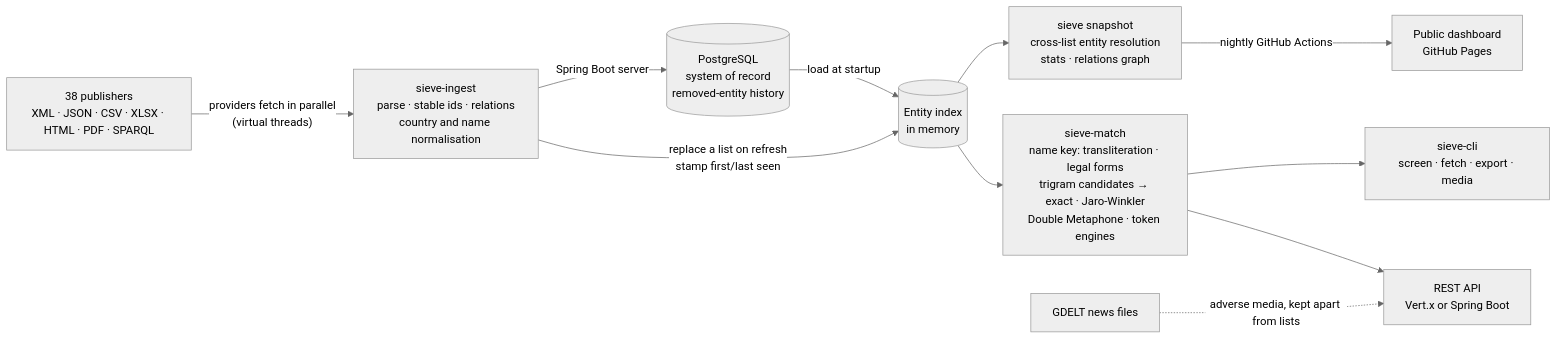
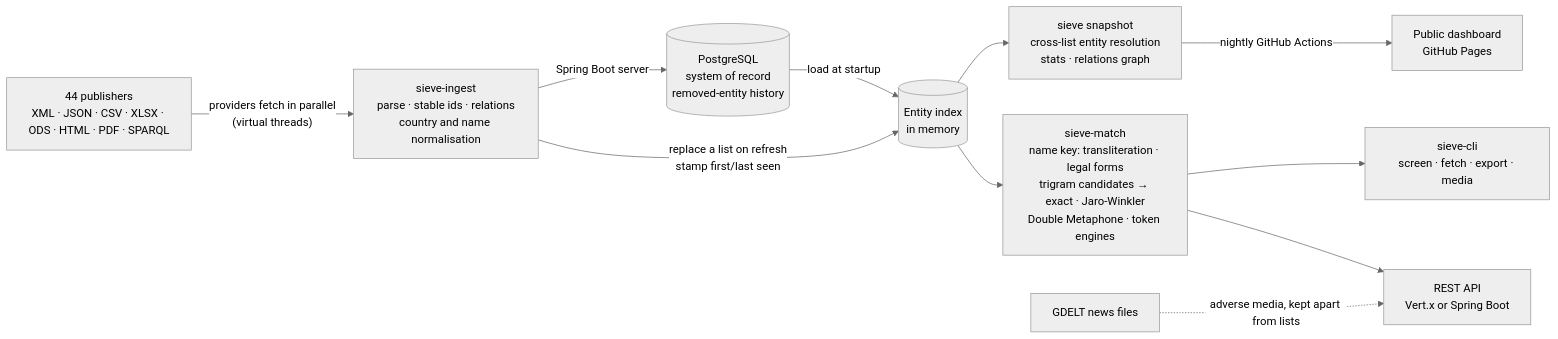
Before and after one commit to AbgarSim/sieve-aml: the first of 2 diagrams in README.md, drawn with Mermaid (neutral theme). The commit also changed other lines of this file and 29 other files, not shown here.

````diff
--- a/README.md
+++ b/README.md
@@ -122,13 +133,13 @@
 ```mermaid
 flowchart LR
-    SRC["38 publishers<br/>XML · JSON · CSV · XLSX · HTML · PDF · SPARQL"] -->|"providers fetch in parallel<br/>(virtual threads)"| ING["sieve-ingest<br/>parse · stable ids · relations<br/>country and name normalisation"]
+    SRC["44 publishers<br/>XML · JSON · CSV · XLSX · ODS · HTML · PDF · SPARQL"] -->|"providers fetch in parallel<br/>(virtual threads)"| ING["sieve-ingest<br/>parse · stable ids · relations<br/>country and name normalisation"]
     ING -->|"replace a list on refresh<br/>stamp first/last seen"| IDX[("Entity index<br/>in memory")]
     ING -->|Spring Boot server| PG[("PostgreSQL<br/>system of record<br/>removed-entity history")]
     PG -->|load at startup| IDX
     IDX --> MATCH["sieve-match<br/>name key: transliteration · legal forms<br/>trigram candidates → exact · Jaro-Winkler<br/>Double Metaphone · token engines"]
     MATCH --> API["REST API<br/>Vert.x or Spring Boot"]
     MATCH --> CLI["sieve-cli<br/>screen · fetch · export · media"]
     IDX --> SNAP["sieve snapshot<br/>cross-list entity resolution<br/>stats · relations graph"]
     SNAP -->|nightly GitHub Actions| DASH["Public dashboard<br/>GitHub Pages"]
     GDELT["GDELT news files"] -.->|adverse media, kept apart from lists| API
 ```
````
